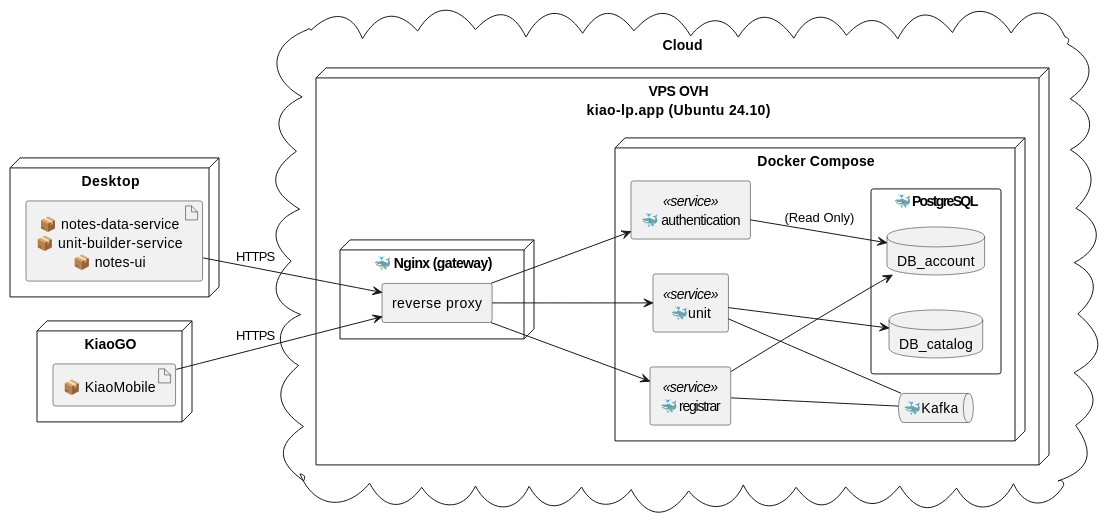
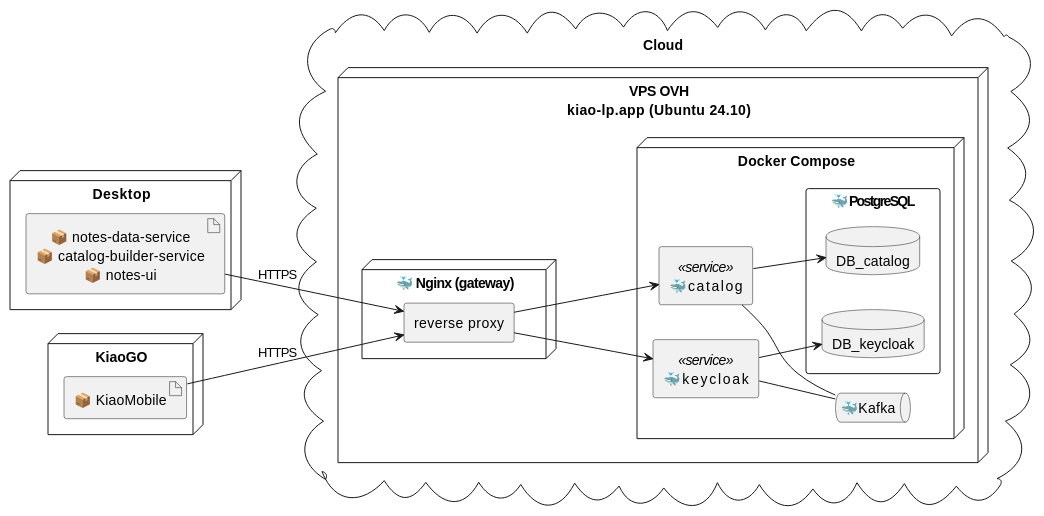
Before and after one commit to kiao-lp/kiao-lp.github.io: the third of 4 diagrams in architecture/global-architecture.md, drawn with PlantUML. The commit also changed other lines of this file and 9 other files, not shown here.

````diff
--- a/architecture/global-architecture.md
+++ b/architecture/global-architecture.md
@@ -115,62 +112,59 @@
 ```plantuml
 @startuml
 skinparam componentStyle rectangle
 skinparam defaultTextAlignment center
 
 left to right direction
 
 node "Desktop" {
-  artifact "📦 notes-data-service\n📦 unit-builder-service\n📦 notes-ui" as KiaoNotes
+  artifact "📦 notes-data-service\n📦 catalog-builder-service\n📦 notes-ui" as KiaoNotes
 }
 
 node "KiaoGO" {
   artifact "📦 KiaoMobile" as KiaoMobile
 }
 
 cloud "Cloud" {
 
   ' --- Production Server ---
   node "VPS OVH\nkiao-lp.app (Ubuntu 24.10)" {
     
     node "🐳 Nginx (gateway)" {
       rectangle "reverse proxy" as RP
     }
 
     node "Docker Compose" {
-      component "🐳 registrar" <<service>> as registrar
-      component "🐳 authentication" <<service>> as auth
-      component "🐳 u n i t" <<service>> as unit
+      component "🐳 k e y c l o a k" <<service>> as registrar
+      component "🐳 c a t a l o g" <<service>> as catalog
 
       component "🐳 PostgreSQL" {
-        database "DB_account"
+        database "DB_keycloak"
         database "DB_catalog"
       }
 
       queue "🐳 K a f k a" as Kafka
     }
   }
 
 }
 
 ' --- Network Communications ---
 
 KiaoNotes --> RP : HTTPS
 "KiaoMobile" --> RP : HTTPS
 
 RP --> "registrar"
-RP --> "auth"
-RP --> "unit"
+RP --> "catalog"
 
 ' --- Kafka ---
 "registrar" -- "Kafka"
-"unit" -- "Kafka"
+"catalog" -- "Kafka"
 
 
 
 ' --- Databases ---
-"registrar" --> "DB_account"
-"auth" --> "DB_account" : " (Read Only)"
-"unit" --> "DB_catalog"
+"registrar" --> "DB_keycloak"
+"catalog" --> "DB_catalog"
 
 @enduml
 ```
````
